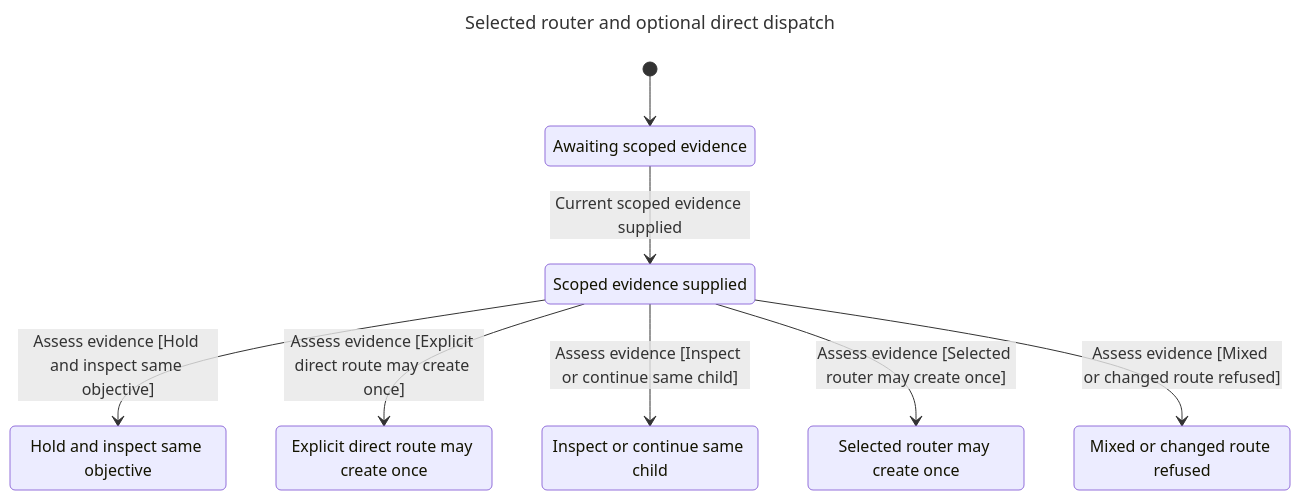
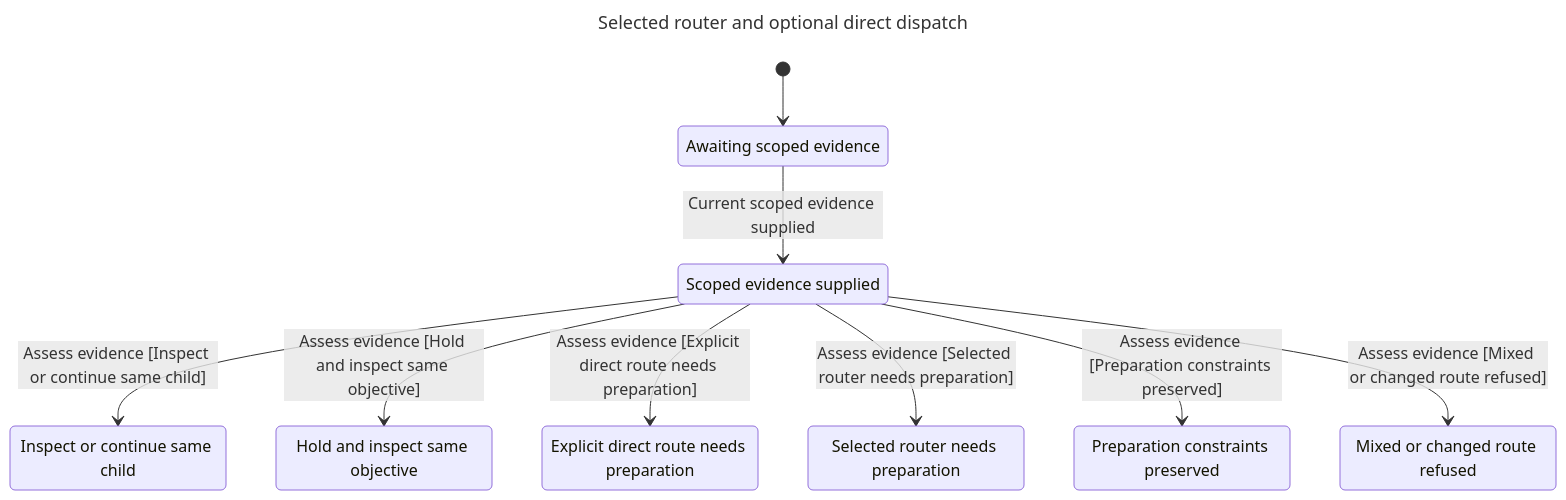
The diagram in verification/direct-dispatch/chart.mmd (jerome-queck/emmy), drawn with Mermaid before and after one commit. The commit also changed 21 other files, not shown here.

```diff
--- a/verification/direct-dispatch/chart.mmd
+++ b/verification/direct-dispatch/chart.mmd
@@ -1,18 +1,20 @@
 ---
 title: "Selected router and optional direct dispatch"
 ---
 stateDiagram-v2
   s0: Awaiting scoped evidence
   s1: Scoped evidence supplied
   s2: Hold and inspect same objective
-  s3: Explicit direct route may create once
-  s4: Inspect or continue same child
-  s5: Selected router may create once
+  s3: Inspect or continue same child
+  s4: Explicit direct route needs preparation
+  s5: Selected router needs preparation
   s6: Mixed or changed route refused
+  s7: Preparation constraints preserved
   [*] --> s0
   s0 --> s1: Current scoped evidence supplied
+  s1 --> s3: Assess evidence [Inspect or continue same child]
   s1 --> s2: Assess evidence [Hold and inspect same objective]
-  s1 --> s3: Assess evidence [Explicit direct route may create once]
-  s1 --> s4: Assess evidence [Inspect or continue same child]
-  s1 --> s5: Assess evidence [Selected router may create once]
+  s1 --> s4: Assess evidence [Explicit direct route needs preparation]
+  s1 --> s5: Assess evidence [Selected router needs preparation]
+  s1 --> s7: Assess evidence [Preparation constraints preserved]
   s1 --> s6: Assess evidence [Mixed or changed route refused]
```
